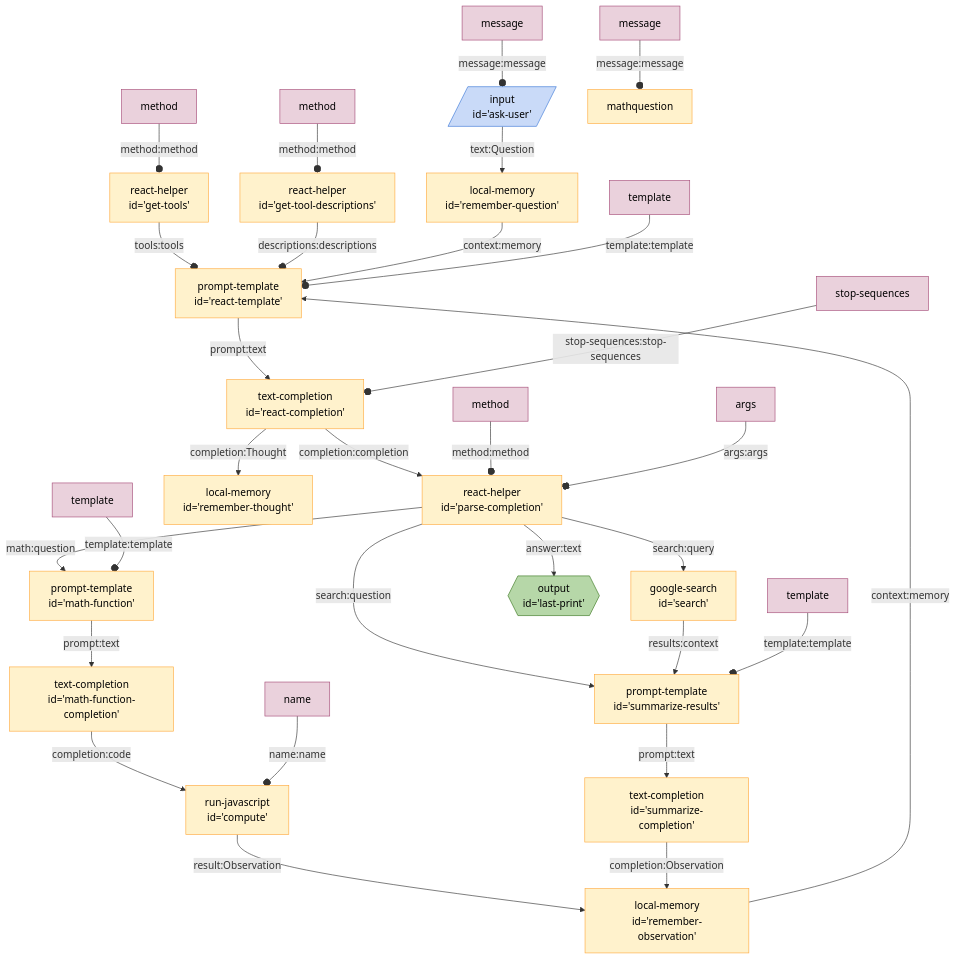
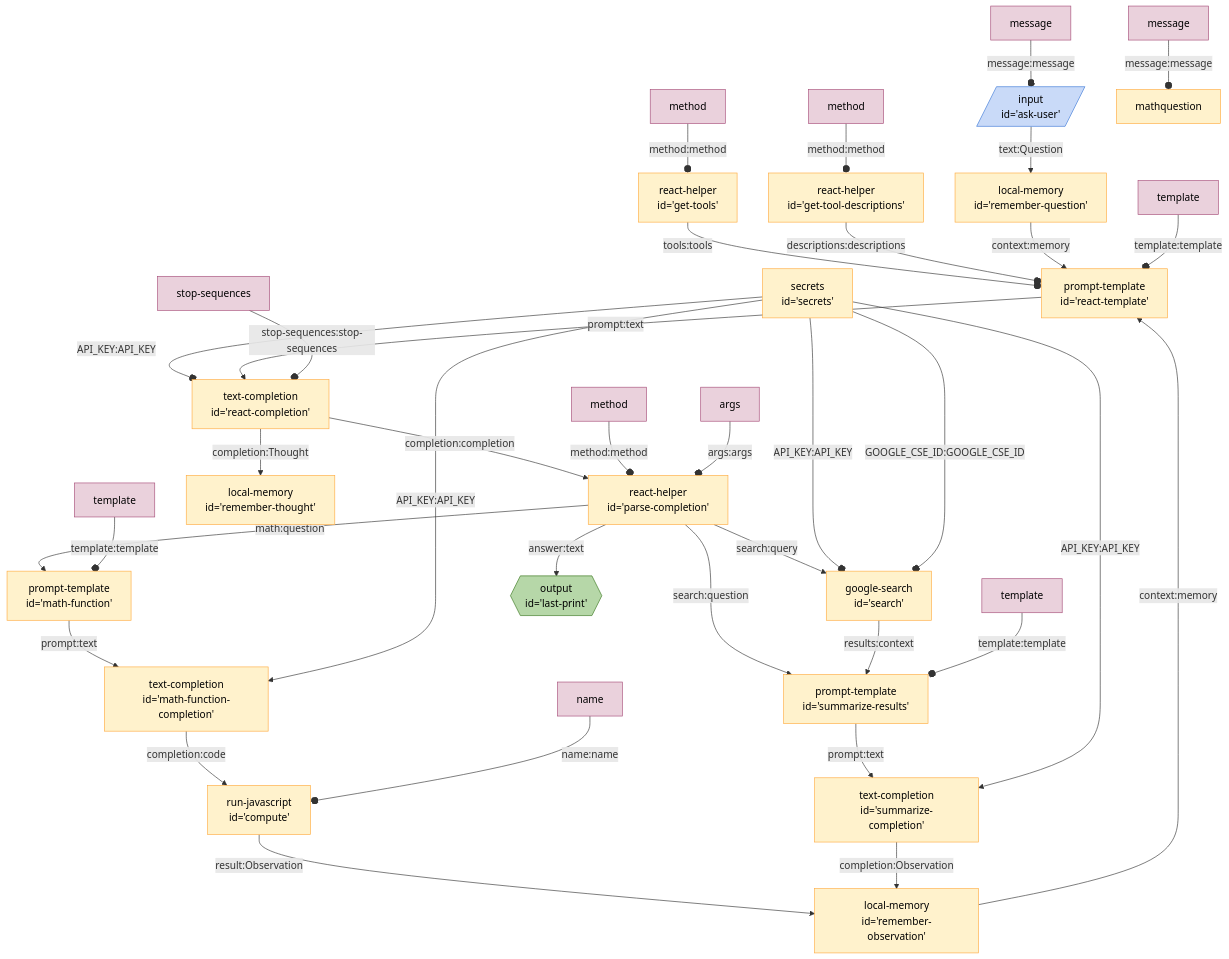
The diagram in seeds/graph-playground/docs/graphs/react.md (breadboard-ai/breadboard), drawn with Mermaid before and after one commit. The commit also changed 14 other files, not shown here.

Commit message:
[graphs] Update graph diagrams.

```diff
--- a/seeds/graph-playground/docs/graphs/react.md
+++ b/seeds/graph-playground/docs/graphs/react.md
@@ -16,6 +16,9 @@
 rememberquestion["local-memory
 id='remember-question'"] -- context:memory --> reacttemplate["prompt-template
 id='react-template'"]
+secrets["secrets
+id='secrets'"] -- API_KEY:API_KEY --o reactcompletion["text-completion
+id='react-completion'"]
 reacttemplate["prompt-template
 id='react-template'"] -- prompt:text --> reactcompletion["text-completion
 id='react-completion'"]
@@ -27,6 +30,12 @@
 id='remember-thought'"]
 parsecompletion["react-helper
 id='parse-completion'"] -- search:query --> search["google-search
+id='search'"]
+secrets["secrets
+id='secrets'"] -- API_KEY:API_KEY --o search["google-search
+id='search'"]
+secrets["secrets
+id='secrets'"] -- GOOGLE_CSE_ID:GOOGLE_CSE_ID --o search["google-search
 id='search'"]
 parsecompletion["react-helper
 id='parse-completion'"] -- math:question --> mathfunction["prompt-template
@@ -43,12 +52,18 @@
 mathfunction["prompt-template
 id='math-function'"] -- prompt:text --> mathfunctioncompletion["text-completion
 id='math-function-completion'"]
+secrets["secrets
+id='secrets'"] -- API_KEY:API_KEY --> mathfunctioncompletion["text-completion
+id='math-function-completion'"]
 mathfunctioncompletion["text-completion
 id='math-function-completion'"] -- completion:code --> compute["run-javascript
 id='compute'"]
 compute["run-javascript
 id='compute'"] -- result:Observation --> rememberobservation["local-memory
 id='remember-observation'"]
+secrets["secrets
+id='secrets'"] -- API_KEY:API_KEY --> summarizecompletion["text-completion
+id='summarize-completion'"]
 summarizecompletion["text-completion
 id='summarize-completion'"] -- completion:Observation --> rememberobservation["local-memory
 id='remember-observation'"]
```
